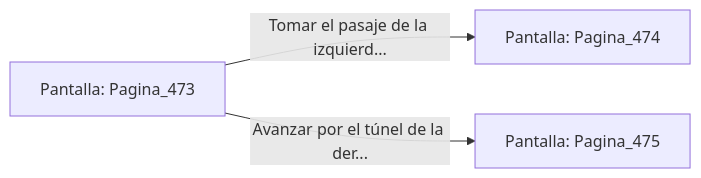
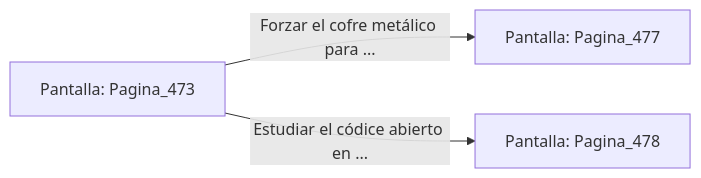
One commit to metsuke/mpl changed the diagram in sample/eligejuego-vault/Pantalla_Pagina_473.md. Above: the diagram before and after it, drawn with Mermaid. The commit also changed other lines of this file and 635 other files, not shown here.

First line of the commit message:
fix: añadir Pagina_1 como pantalla inicial en capitulo_01.mpl

````diff
--- a/sample/eligejuego-vault/Pantalla_Pagina_473.md
+++ b/sample/eligejuego-vault/Pantalla_Pagina_473.md
@@ -20,6 +24,6 @@
 ```mermaid
 graph LR
     P_Pagina_473["Pantalla: Pagina_473"]
-    P_Pagina_473 -->|"Tomar el pasaje de la izquierd..."| P_Pagina_474["Pantalla: Pagina_474"]
-    P_Pagina_473 -->|"Avanzar por el túnel de la der..."| P_Pagina_475["Pantalla: Pagina_475"]
+    P_Pagina_473 -->|"Forzar el cofre metálico para ..."| P_Pagina_477["Pantalla: Pagina_477"]
+    P_Pagina_473 -->|"Estudiar el códice abierto en ..."| P_Pagina_478["Pantalla: Pagina_478"]
 ```
````
